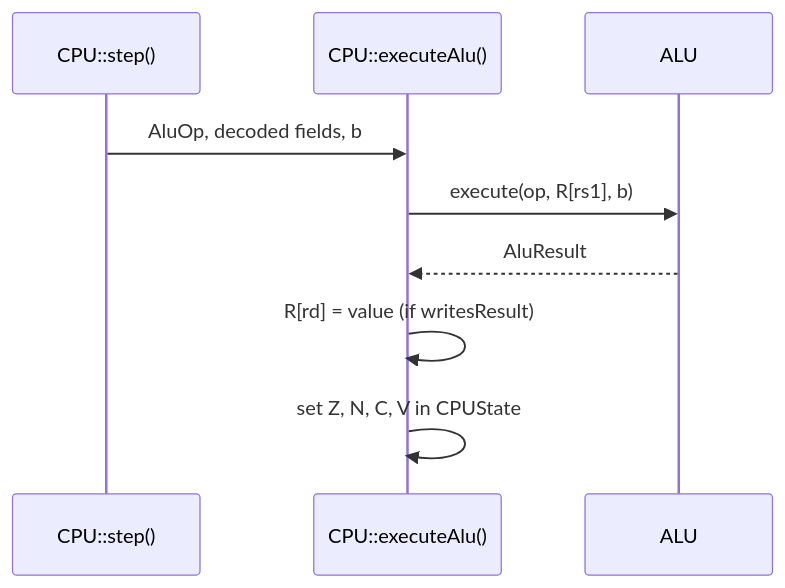
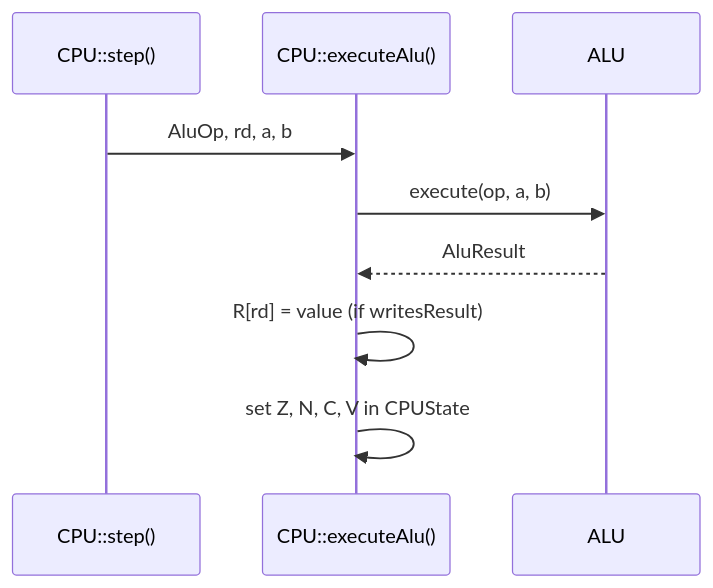
Before and after one commit to kpolet2010-hue/CoreSim: the fourth of 4 diagrams in docs/ARCHITECTURE.md, drawn with Mermaid. The commit also changed other lines of this file and 1 other file, not shown here.

Commit message:
docs: describe the CPU helpers and the nine ALU operations

````diff
--- a/docs/ARCHITECTURE.md
+++ b/docs/ARCHITECTURE.md
@@ -221,11 +223,11 @@
 ```mermaid
 sequenceDiagram
     participant S as CPU::step()
     participant H as CPU::executeAlu()
     participant A as ALU
-    S->>H: AluOp, decoded fields, b
-    H->>A: execute(op, R[rs1], b)
+    S->>H: AluOp, rd, a, b
+    H->>A: execute(op, a, b)
     A-->>H: AluResult
     H->>H: R[rd] = value (if writesResult)
     H->>H: set Z, N, C, V in CPUState
 ```
````
